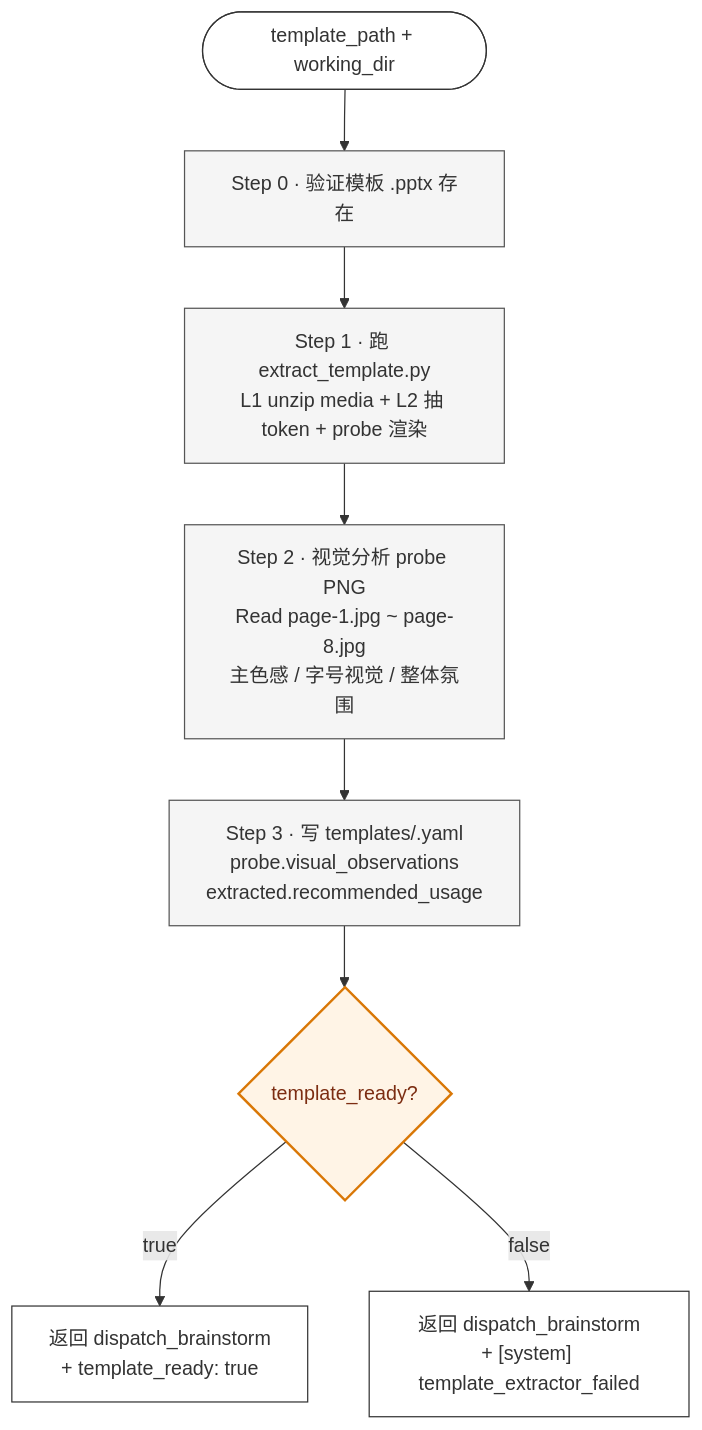
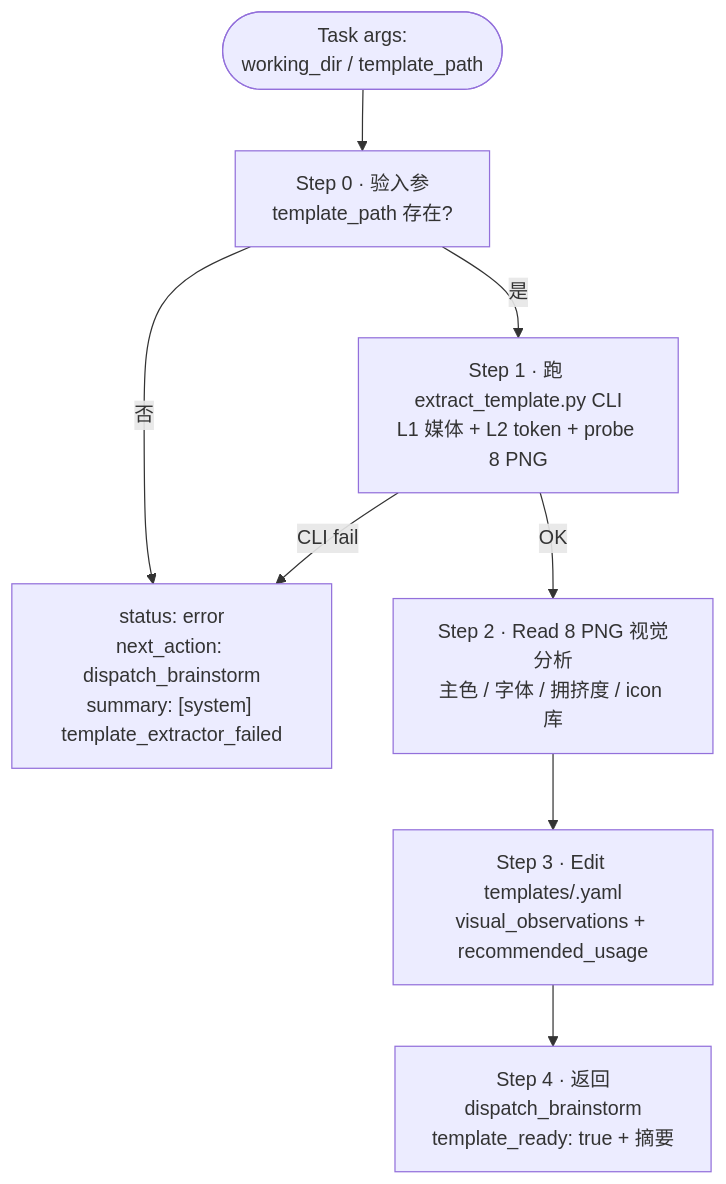
Before and after one commit to rogerluo2016ROL/iLovePPT: diagram 11 of 11 in docs/agent-internals.zh.md, drawn with Mermaid. The commit also changed other lines of this file, not shown here.

First line of the commit message:
docs(agent-internals): rewrite by capability axis (v2) + all flowcharts to mermaid

````diff
--- a/docs/agent-internals.zh.md
+++ b/docs/agent-internals.zh.md
@@ -383,21 +1024,11 @@
 ```mermaid
 flowchart TB
-    I([template_path + working_dir]) --> S0
-    S0["Step 0 · 验证模板 .pptx 存在"] --> S1
-    S1["Step 1 · 跑 extract_template.py<br/>L1 unzip media + L2 抽 token + probe 渲染"] --> S2
-    S2["Step 2 · 视觉分析 probe PNG<br/>Read page-1.jpg ~ page-8.jpg<br/>主色感 / 字号视觉 / 整体氛围"] --> S3
-    S3["Step 3 · 写 templates/<name>.yaml<br/>probe.visual_observations<br/>extracted.recommended_usage"] --> S4
-    S4{template_ready?}
-    S4 -->|true| RS["返回 dispatch_brainstorm<br/>+ template_ready: true"]
-    S4 -->|false| RF["返回 dispatch_brainstorm<br/>+ [system] template_extractor_failed"]
-
-    classDef io fill:#FFF,stroke:#333
-    classDef step fill:#F5F5F5,stroke:#555
-    classDef gate fill:#FFF4E6,stroke:#D97706,stroke-width:2px,color:#7C2D12
-    classDef pass fill:#DCFCE7,stroke:#16A34A,stroke-width:2px,color:#14532D
-    classDef fail fill:#FEE2E2,stroke:#DC2626,stroke-width:1.5px,color:#7F1D1D
-
-    class I,RS,RF io
-    class S0,S1,S2,S3 step
-    class S4 gate
+    I([Task args:<br/>working_dir / template_path]) --> S0
+    S0["Step 0 · 验入参<br/>template_path 存在?"]
+    S0 -->|否| E["status: error<br/>next_action: dispatch_brainstorm<br/>summary: [system] template_extractor_failed"]
+    S0 -->|是| S1["Step 1 · 跑 extract_template.py CLI<br/>L1 媒体 + L2 token + probe 8 PNG"]
+    S1 -->|CLI fail| E
+    S1 -->|OK| S2["Step 2 · Read 8 PNG 视觉分析<br/>主色 / 字体 / 拥挤度 / icon 库"]
+    S2 --> S3["Step 3 · Edit templates/<name>.yaml<br/>visual_observations + recommended_usage"]
+    S3 --> S4["Step 4 · 返回<br/>dispatch_brainstorm<br/>template_ready: true + 摘要"]
 ```
````
